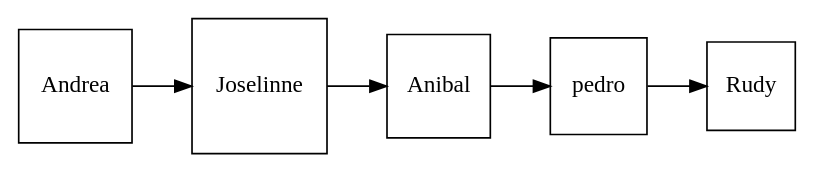
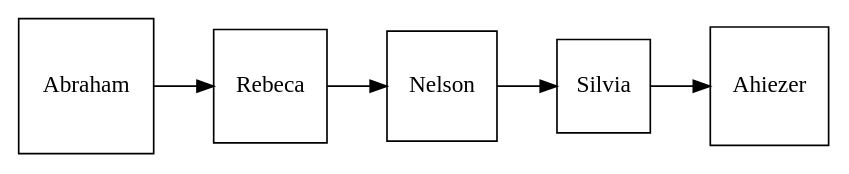
The diagram in postorder.dot (AhiezerRamirez/EDD_1S2020_PY1_201709062), drawn with Graphviz before and after one commit. The commit also changed 34 other files, not shown here.

```diff
--- a/postorder.dot
+++ b/postorder.dot
@@ -1,5 +1,5 @@
 digraph G {
  node [shape = square]; 
  graph [rankdir=LR];
-Andrea -> Joselinne -> Anibal -> pedro -> Rudy 
+Abraham -> Rebeca -> Nelson -> Silvia -> Ahiezer 
 }
```
